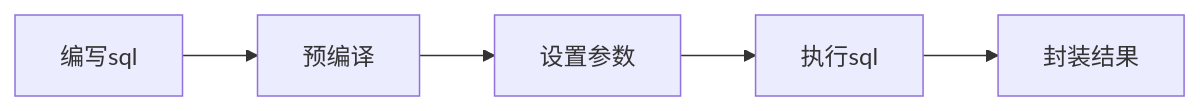
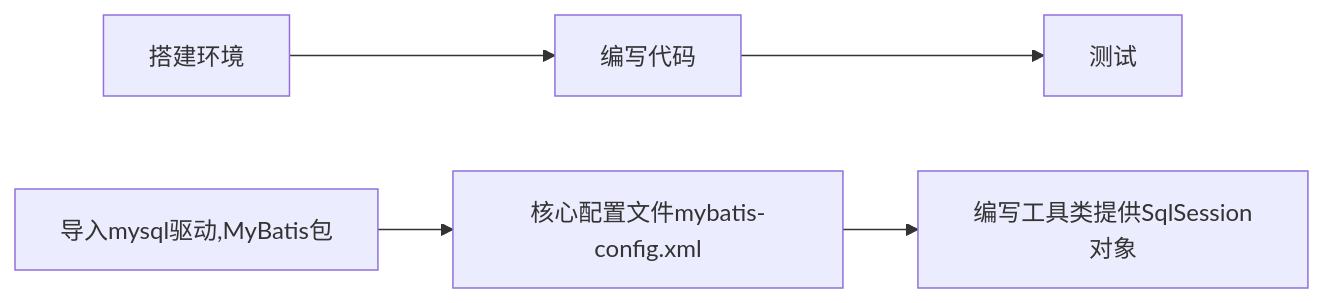
Before and after one commit to AmosTian/myPDF-updating: the second of 3 diagrams in SOALearning/3.MyBatis/MyBatis.md, drawn with Mermaid. The commit also changed other lines of this file and 131 other files, not shown here.

````diff
--- a/SOALearning/3.MyBatis/MyBatis.md
+++ b/SOALearning/3.MyBatis/MyBatis.md
@@ -23,7 +189,5 @@
-    ```mermaid
-    graph LR
-    A[编写sql] -->B[预编译]
-        B --> C[设置参数]
-        C -->D[执行sql]
-        D -->E[封装结果]
-    ```
+```mermaid
+graph LR
+A[搭建环境]--> B[编写代码]--> C[测试]
+D[导入mysql驱动,MyBatis包]-->E[核心配置文件mybatis-config.xml]-->F[编写工具类提供SqlSession对象]
+```
````
